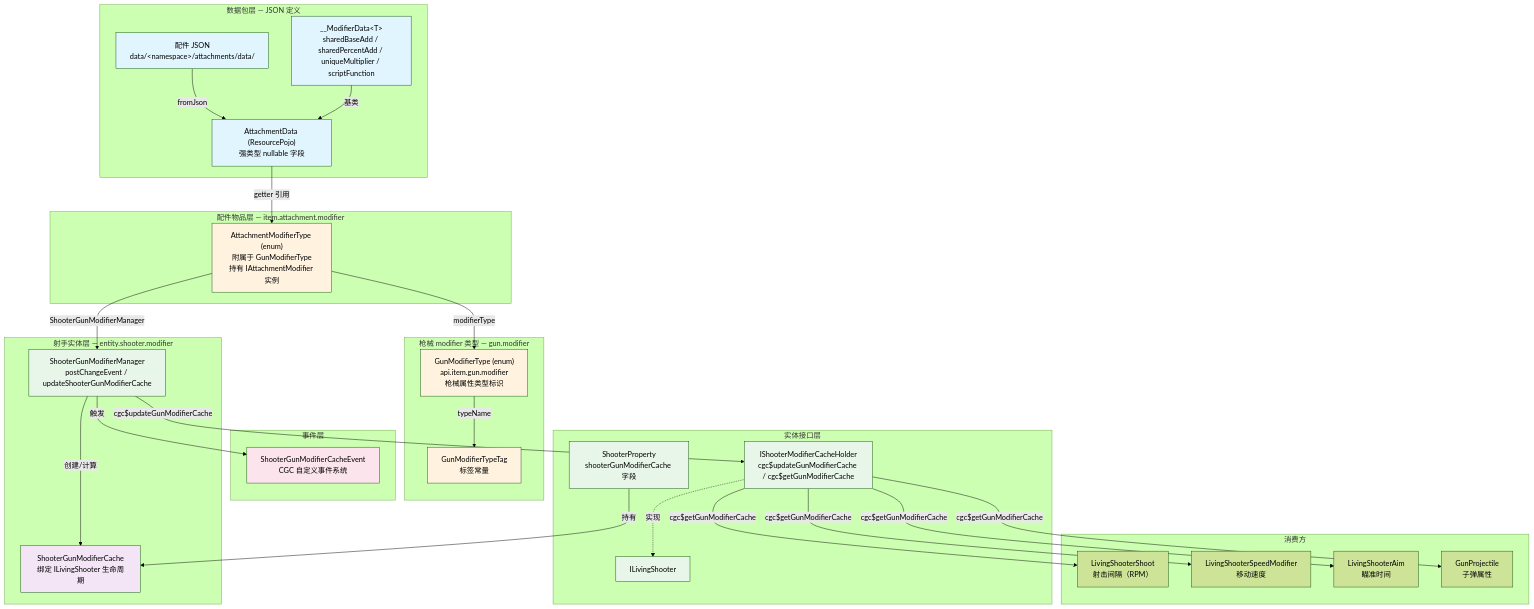
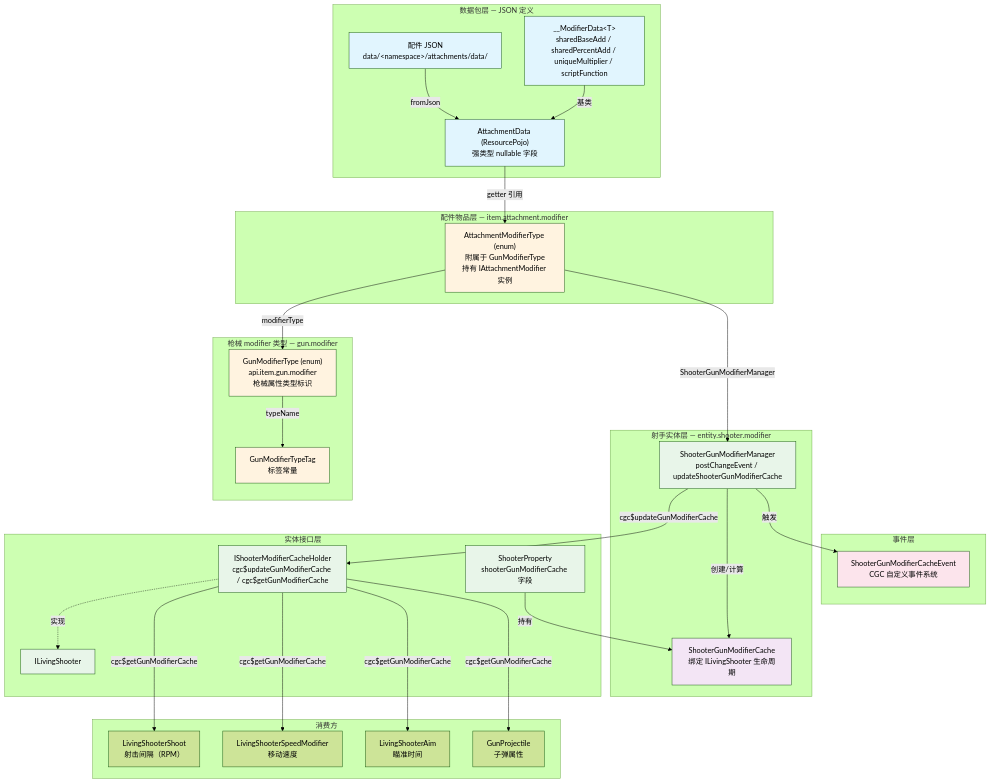
Before and after one commit to XColorful/Custom-Gun-Continued: the diagram in docs/architecture/core/entity/shooter/modifier/Home.md, drawn with Mermaid (forest theme). The commit also changed other lines of this file and 16 other files, not shown here.

````diff
--- a/docs/architecture/core/entity/shooter/modifier/Home.md
+++ b/docs/architecture/core/entity/shooter/modifier/Home.md
@@ -8,70 +9,74 @@
 ```mermaid
 graph TB
     subgraph "枪械 modifier 类型 — gun.modifier"
         GMT["GunModifierType (enum)<br/>api.item.gun.modifier<br/>枪械属性类型标识"]
         GMTT["GunModifierTypeTag<br/>标签常量"]
     end
 
     subgraph "配件物品层 — item.attachment.modifier"
         AMT["AttachmentModifierType (enum)<br/>附属于 GunModifierType<br/>持有 IAttachmentModifier 实例"]
     end
 
     subgraph "数据包层 — JSON 定义"
         JSON["配件 JSON<br/>data/&lt;namespace&gt;/attachments/data/"]
         AD["AttachmentData (ResourcePojo)<br/>强类型 nullable 字段"]
         MODDATA["__ModifierData&lt;T&gt;<br/>sharedBaseAdd / sharedPercentAdd / uniqueMultiplier / scriptFunction"]
     end
 
     subgraph "射手实体层 — entity.shooter.modifier"
         SGMC["ShooterGunModifierCache<br/>绑定 ILivingShooter 生命周期"]
         SGMM["ShooterGunModifierManager<br/>postChangeEvent / updateShooterGunModifierCache"]
     end
 
     subgraph "事件层"
         SGMCE["ShooterGunModifierCacheEvent<br/>CGC 自定义事件系统"]
     end
 
     subgraph "实体接口层"
         ILS["ILivingShooter"]
         SP["ShooterProperty<br/>shooterGunModifierCache 字段"]
         ISMC["IShooterModifierCacheHolder<br/>cgc$updateGunModifierCache / cgc$getGunModifierCache"]
     end
 
     subgraph "消费方"
         LSS["LivingShooterShoot<br/>射击间隔（RPM）"]
         LSSM["LivingShooterSpeedModifier<br/>移动速度"]
         LSA["LivingShooterAim<br/>瞄准时间"]
         GP["GunProjectile<br/>子弹属性"]
     end
 
     JSON -->|"fromJson"| AD
     AD -->|"getter 引用"| AMT
     AMT -->|"modifierType"| GMT
     GMT -->|"typeName"| GMTT
     MODDATA -->|"基类"| AD
 
     AMT -->|"ShooterGunModifierManager"| SGMM
     SGMM -->|"创建/计算"| SGMC
     SGMM -->|"触发"| SGMCE
     SGMM -->|"cgc$updateGunModifierCache"| ISMC
     ISMC -.->|"实现"| ILS
     SP -->|"持有"| SGMC
 
-    ISMC -->|"cgc$getGunModifierCache"| LSS
-    ISMC -->|"cgc$getGunModifierCache"| LSSM
-    ISMC -->|"cgc$getGunModifierCache"| LSA
-    ISMC -->|"cgc$getGunModifierCache"| GP
+    ISMC --->|"cgc$getGunModifierCache"| LSS
+    ISMC --->|"cgc$getGunModifierCache"| LSSM
+    ISMC --->|"cgc$getGunModifierCache"| LSA
+    ISMC --->|"cgc$getGunModifierCache"| GP
 
     style JSON fill:#e1f5fe
     style AD fill:#e1f5fe
     style MODDATA fill:#e1f5fe
     style GMT fill:#fff3e0
     style GMTT fill:#fff3e0
     style AMT fill:#fff3e0
     style SGMC fill:#f3e5f5
     style SGMM fill:#e8f5e9
     style SGMCE fill:#fce4ec
     style ILS fill:#e8f5e9
     style SP fill:#e8f5e9
     style ISMC fill:#e8f5e9
+    
+    %% ----调整Mermaid外观（与体系无关）----
+    GMTT ~~~ ISMC
+    SGMCE ~~~ SGMC
 ```
````
